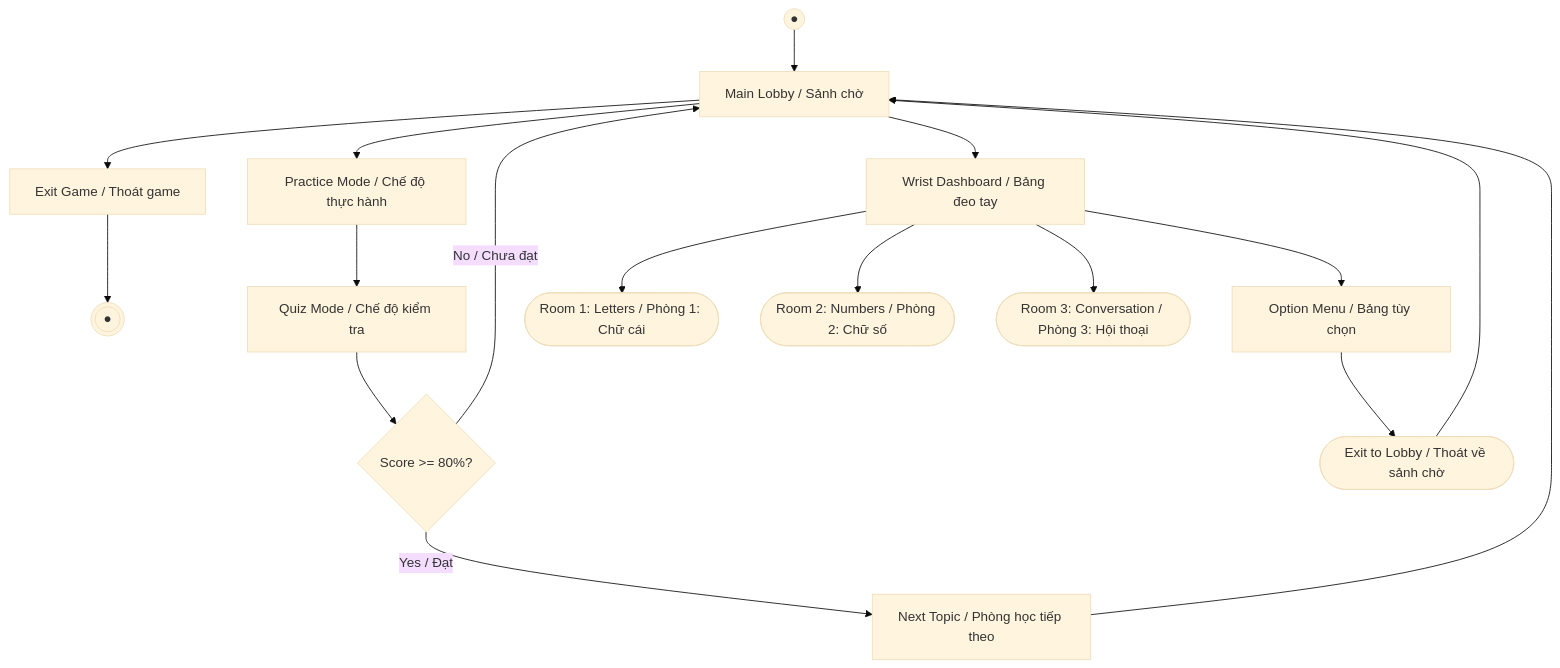
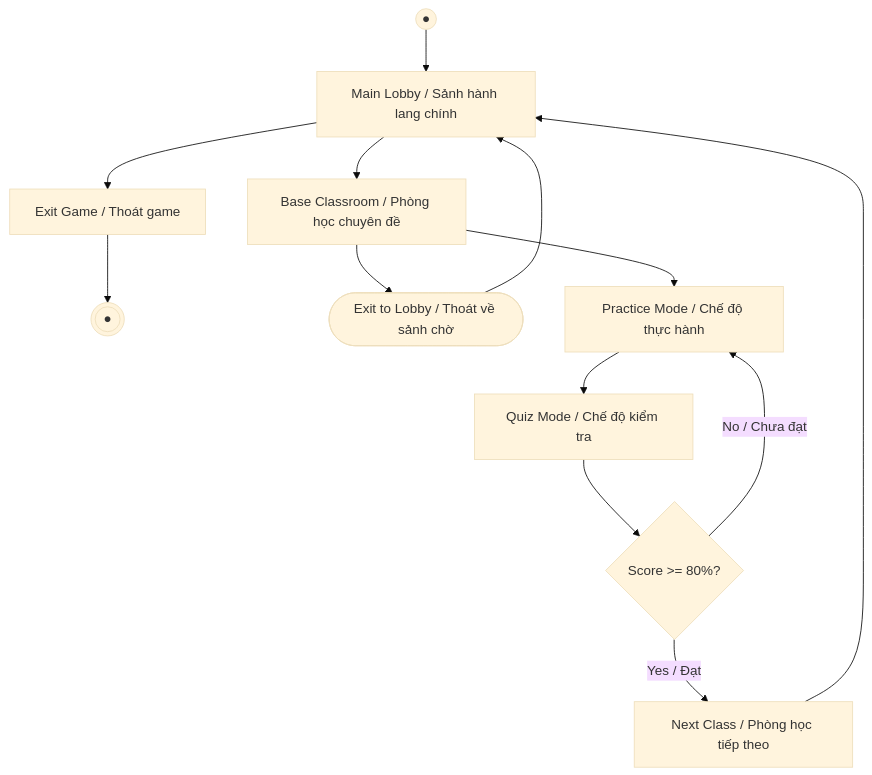
One commit to MinhTrinh04/ASL changed the diagram in docs/DATN/11-Chương_4_Phân_tích_thiết_kế_triển_khai_và_đánh_giá.md. Above: the diagram before and after it, drawn with Mermaid (base theme).

Commit message:
update diagram

````diff
--- a/docs/DATN/11-Chương_4_Phân_tích_thiết_kế_triển_khai_và_đánh_giá.md
+++ b/docs/DATN/11-Chương_4_Phân_tích_thiết_kế_triển_khai_và_đánh_giá.md
@@ -39,30 +39,25 @@
 ```mermaid
 flowchart TD
-    StartNode((●)) --> Lobby[Main Lobby / Sảnh chờ]
-    Lobby --> Exit[Exit Game / Thoát game]
+    StartNode((●)) --> MainLobby[Main Lobby / Sảnh hành lang chính]
+    MainLobby --> Exit[Exit Game / Thoát game]
     Exit --> EndNode(((●)))
 
-    Lobby --> Practice[Practice Mode / Chế độ thực hành]
+    MainLobby --> BaseClassroom[Base Classroom / Phòng học chuyên đề]
+    BaseClassroom --> ExitLobby([Exit to Lobby / Thoát về sảnh chờ])
+    ExitLobby --> MainLobby
+
+    BaseClassroom --> Practice[Practice Mode / Chế độ thực hành]
     Practice --> Quiz[Quiz Mode / Chế độ kiểm tra]
     Quiz --> Clear{"Score >= 80%?"}
-
-    Clear -->|No / Chưa đạt| Lobby
-    Clear -->|Yes / Đạt| NextTopic[Next Topic / Phòng học tiếp theo]
-    NextTopic --> Lobby
-
-    Lobby --> Wrist[Wrist Dashboard / Bảng đeo tay]
-    Wrist --> Option[Option Menu / Bảng tùy chọn]
-    Wrist --> Room1([Room 1: Letters / Phòng 1: Chữ cái])
-    Wrist --> Room2([Room 2: Numbers / Phòng 2: Chữ số])
-    Wrist --> Room3([Room 3: Conversation / Phòng 3: Hội thoại])
-
-    Option --> ExitLobby([Exit to Lobby / Thoát về sảnh chờ])
-    ExitLobby --> Lobby
+    
+    Clear -->|No / Chưa đạt| Practice
+    Clear -->|Yes / Đạt| NextClass[Next Class / Phòng học tiếp theo]
+    NextClass --> MainLobby
 
 
     class StartNode,EndNode startEnd;
-    class Lobby,Practice,Quiz,NextTopic greenNode;
-    class Exit,Wrist,Option redNode;
+    class MainLobby,BaseClassroom,Practice,Quiz,NextClass greenNode;
+    class Exit redNode;
     class Clear decisionNode;
-    class Room1,Room2,Room3,ExitLobby ellipseNode;
+    class ExitLobby ellipseNode;
 ```
````
